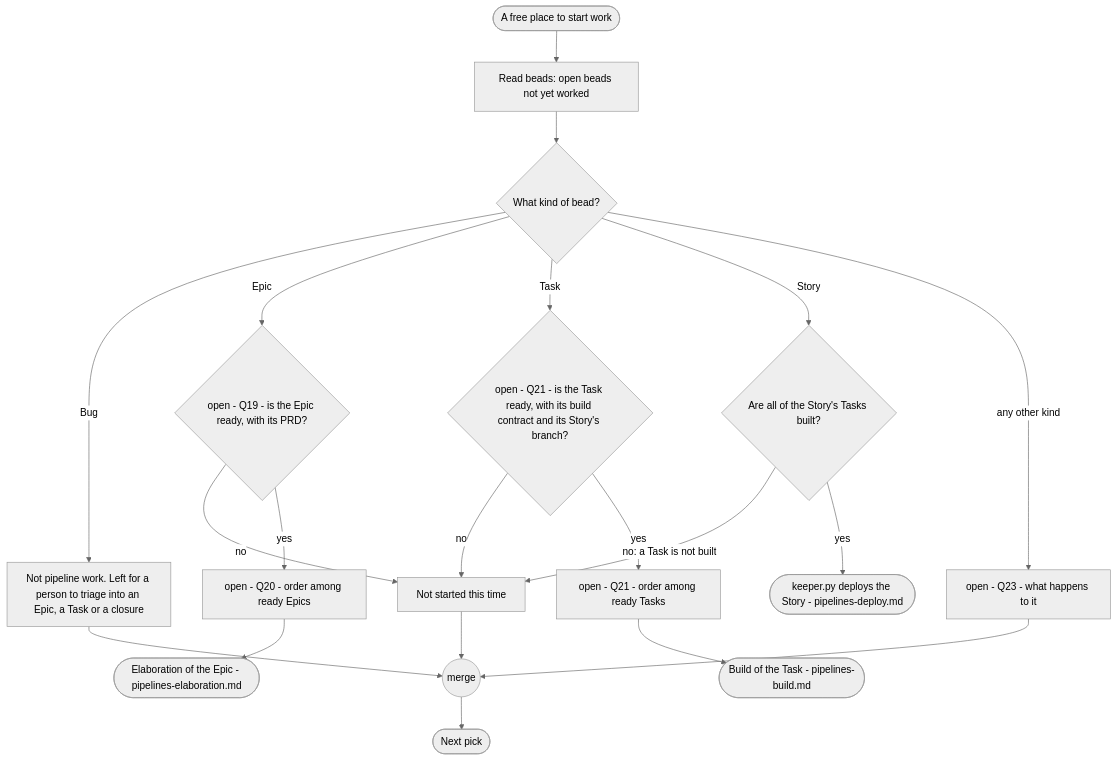
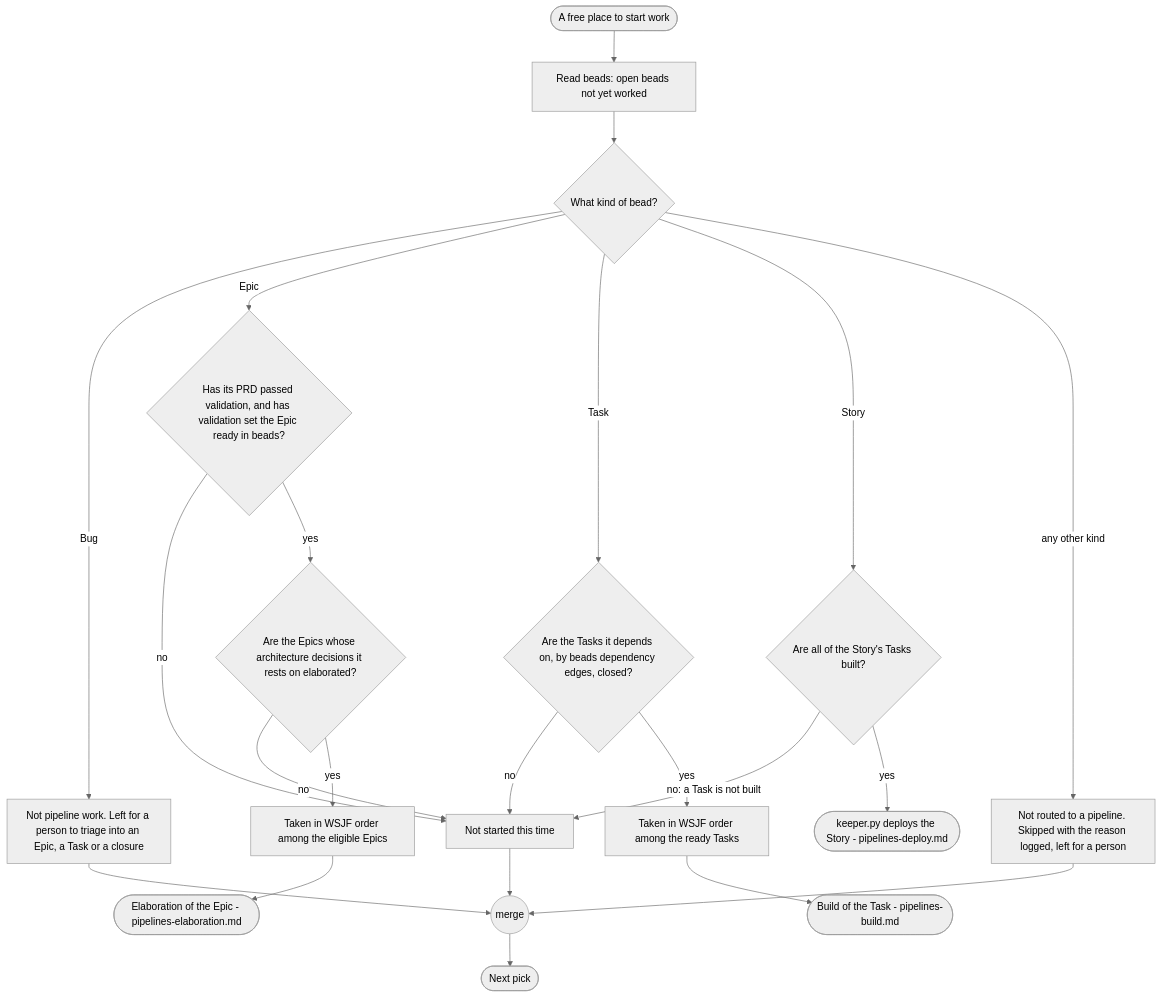
Before and after one commit to mark-satterfield/toolset: the second of 8 diagrams in plugins/agent-teams-workforce/blueprint/design/pipelines-driver.md, drawn with Mermaid (neutral theme). The commit also changed other lines of this file and 2 other files, not shown here.

First line of the commit message:
docs(blueprint): decide the driver, PRD and deploy questions that are not the owner's

````diff
--- a/plugins/agent-teams-workforce/blueprint/design/pipelines-driver.md
+++ b/plugins/agent-teams-workforce/blueprint/design/pipelines-driver.md
@@ -116,22 +117,24 @@
 ```mermaid
 flowchart TD
     s(["A free place to start work"]) --> read["Read beads: open beads not yet worked"]
     read --> kind{"What kind of bead?"}
     kind -->|"Bug"| bug["Not pipeline work. Left for a person to triage into an Epic, a Task or a closure"]
-    kind -->|"Epic"| eReady{"open - Q19 - is the Epic ready, with its PRD?"}
-    kind -->|"Task"| tReady{"open - Q21 - is the Task ready, with its build contract and its Story's branch?"}
+    kind -->|"Epic"| eReady{"Has its PRD passed validation, and has validation set the Epic ready in beads?"}
+    kind -->|"Task"| tReady{"Are the Tasks it depends on, by beads dependency edges, closed?"}
     kind -->|"Story"| sReady{"Are all of the Story's Tasks built?"}
-    kind -->|"any other kind"| other["open - Q23 - what happens to it"]
+    kind -->|"any other kind"| other["Not routed to a pipeline. Skipped with the reason logged, left for a person"]
     eReady -->|"no"| skip["Not started this time"]
-    eReady -->|"yes"| eOrder["open - Q20 - order among ready Epics"]
+    eReady -->|"yes"| eDeps{"Are the Epics whose architecture decisions it rests on elaborated?"}
+    eDeps -->|"no"| skip
+    eDeps -->|"yes"| eOrder["Taken in WSJF order among the eligible Epics"]
     eOrder --> eRun(["Elaboration of the Epic - pipelines-elaboration.md"])
     tReady -->|"no"| skip
-    tReady -->|"yes"| tOrder["open - Q21 - order among ready Tasks"]
+    tReady -->|"yes"| tOrder["Taken in WSJF order among the ready Tasks"]
     tOrder --> tRun(["Build of the Task - pipelines-build.md"])
     sReady -->|"no: a Task is not built"| skip
     sReady -->|"yes"| sRun(["keeper.py deploys the Story - pipelines-deploy.md"])
     bug --> m(("merge"))
     other --> m
     skip --> m
     m --> e(["Next pick"])
 ```
````
